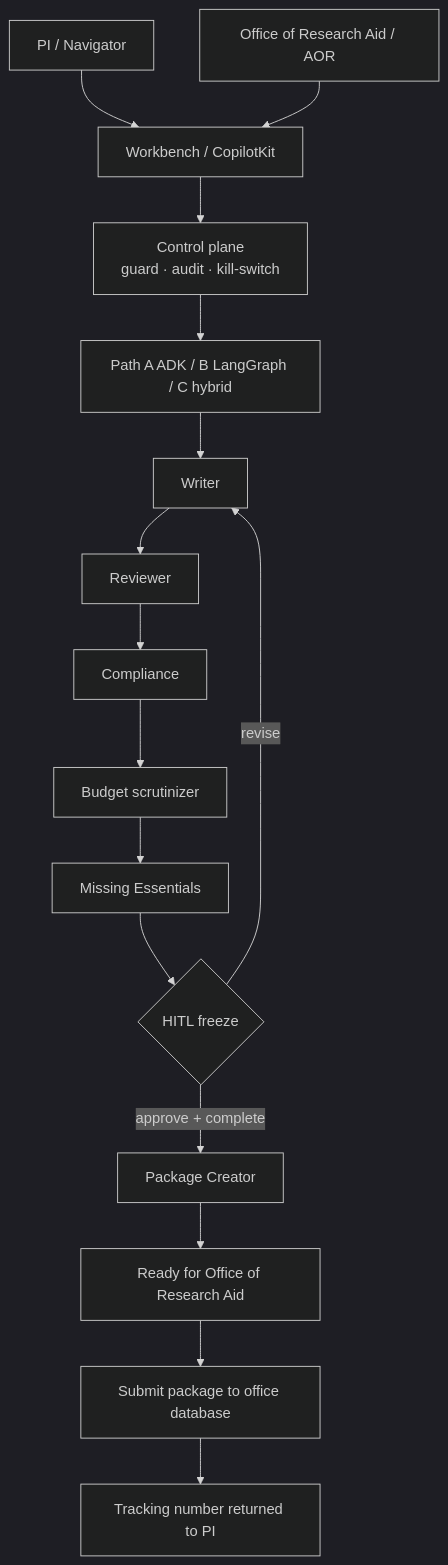
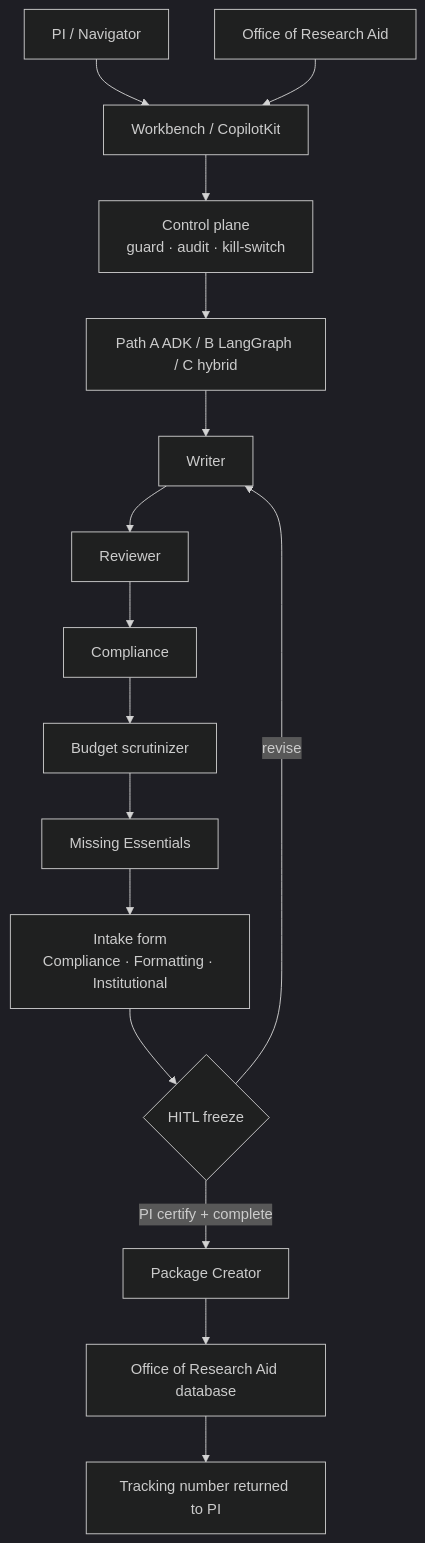
One commit to YPCC/grant-agent-lab changed the diagram in README.md. Above: the diagram before and after it, drawn with Mermaid (dark theme). The commit also changed other lines of this file and 16 other files, not shown here.

First line of the commit message:
Align README, docs, and C4 diagrams with office intake

````diff
--- a/README.md
+++ b/README.md
@@ -9,18 +9,18 @@
 ```mermaid
 flowchart TD
   PI[PI / Navigator] --> UI[Workbench / CopilotKit]
-  ORA["Office of Research Aid / AOR"] --> UI
+  ORA["Office of Research Aid"] --> UI
   UI --> CP[Control plane<br/>guard · audit · kill-switch]
   CP --> ORCH[Path A ADK / B LangGraph / C hybrid]
   ORCH --> WR[Writer]
   WR --> RV[Reviewer]
   RV --> CC[Compliance]
   CC --> BS[Budget scrutinizer]
   BS --> ME[Missing Essentials]
-  ME --> HITL{HITL freeze}
+  ME --> INTAKE[Intake form<br/>Compliance · Formatting · Institutional]
+  INTAKE --> HITL{HITL freeze}
   HITL -->|revise| WR
-  HITL -->|approve + complete| PK[Package Creator]
-  PK --> READY[Ready for Office of Research Aid]
-  READY --> ODB[Submit package to office database]
+  HITL -->|PI certify + complete| PK[Package Creator]
+  PK --> ODB[Office of Research Aid database]
   ODB --> TRACK[Tracking number returned to PI]
 ```
````
